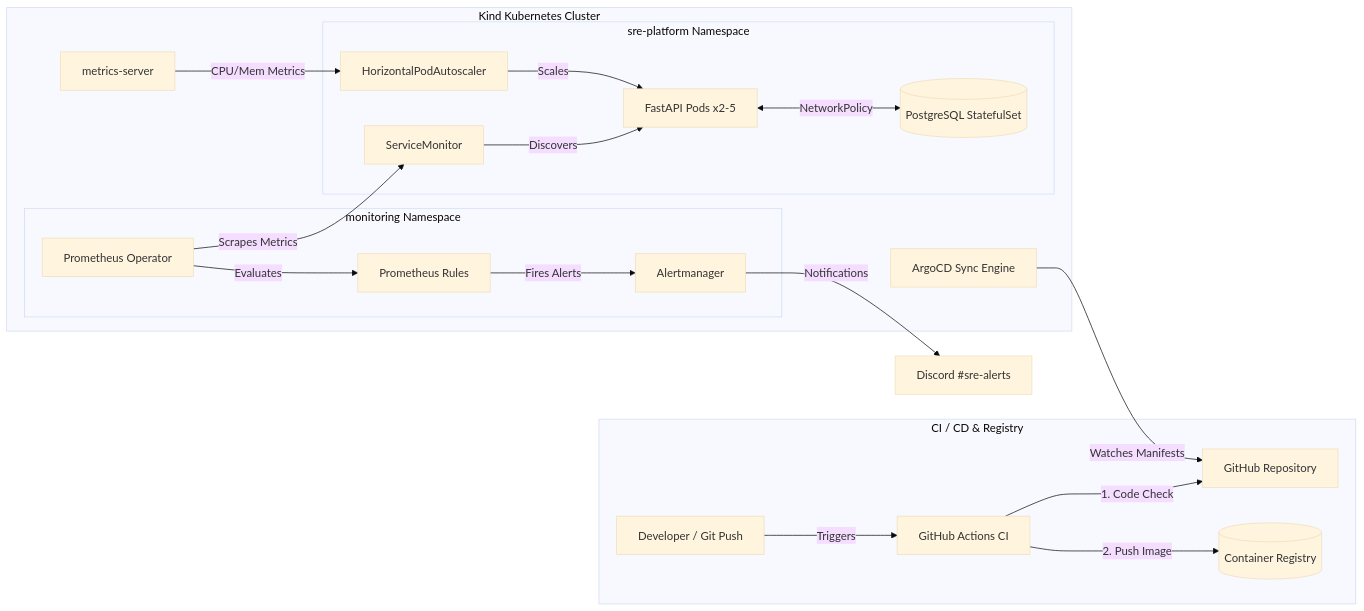
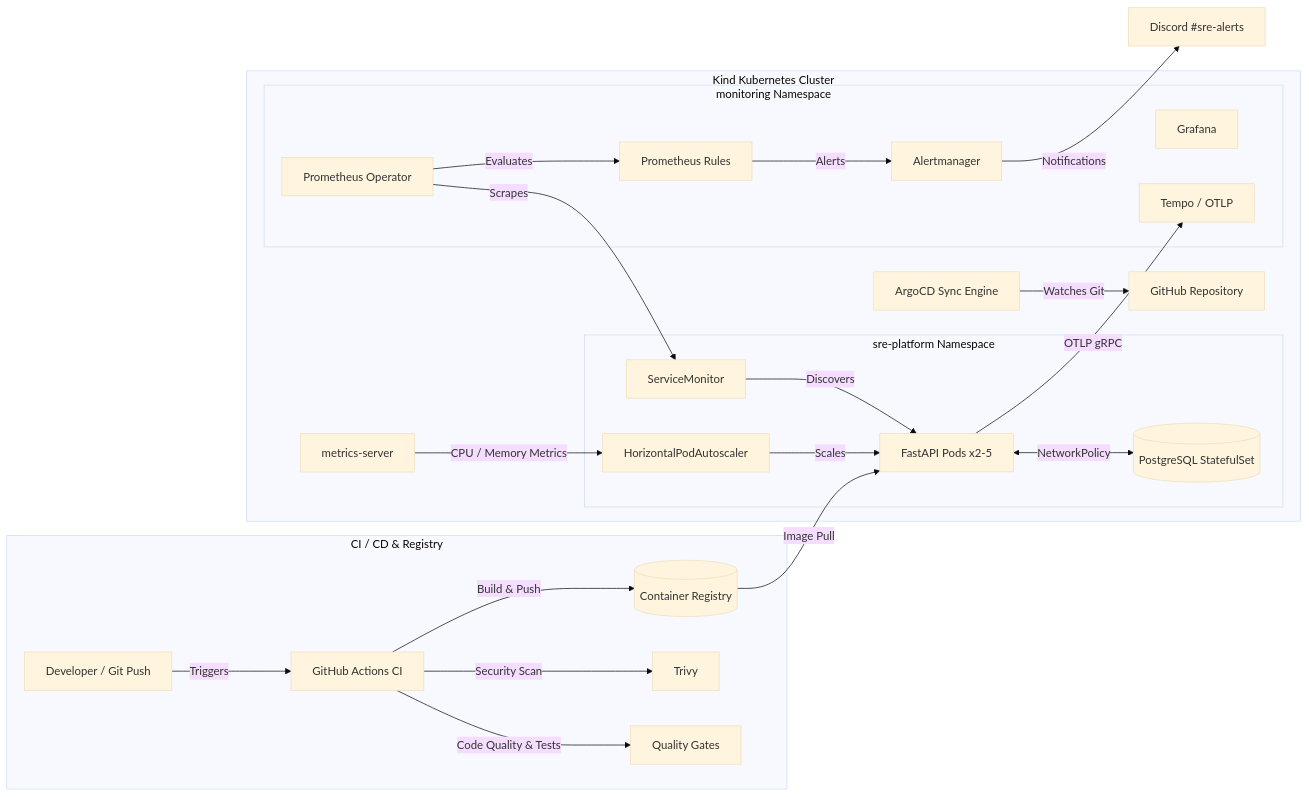
The diagram in README.md (Konstantinos820/cloud-native-sre-platform), drawn with Mermaid (base theme) before and after one commit. The commit also changed other lines of this file and 10 other files, not shown here.

`````diff
--- a/README.md
+++ b/README.md
@@ -7,28 +13,43 @@
 ```mermaid
 graph LR
     subgraph CI [CI / CD & Registry]
         Dev[Developer / Git Push] -->|Triggers| GHA[GitHub Actions CI]
-        GHA -->|1. Code Check| GitRepo[GitHub Repository]
-        GHA -->|2. Push Image| Registry[(Container Registry)]
+        GHA -->|Code Quality & Tests| Quality[Quality Gates]
+        GHA -->|Security Scan| Trivy[Trivy]
+        GHA -->|Build & Push| Registry[(Container Registry)]
     end
 
     subgraph Cluster [Kind Kubernetes Cluster]
-        ArgoCD[ArgoCD Sync Engine] -->|Watches Manifests| GitRepo
+
+        ArgoCD[ArgoCD Sync Engine] -->|Watches Git| GitRepo[GitHub Repository]
 
         subgraph SRE_NS [sre-platform Namespace]
-            FastAPI[FastAPI Pods x2-5] <-->|NetworkPolicy| Postgres[(PostgreSQL StatefulSet)]
+            FastAPI[FastAPI Pods x2-5]
+            Postgres[(PostgreSQL StatefulSet)]
+
+            FastAPI <-->|NetworkPolicy| Postgres
+
+            HPA[HorizontalPodAutoscaler] -->|Scales| FastAPI
             ServiceMonitor[ServiceMonitor] -->|Discovers| FastAPI
-            HPA[HorizontalPodAutoscaler] -->|Scales| FastAPI
         end
 
-        MetricsServer[metrics-server] -->|CPU/Mem Metrics| HPA
+        MetricsServer[metrics-server] -->|CPU / Memory Metrics| HPA
 
         subgraph Mon_NS [monitoring Namespace]
-            Prometheus[Prometheus Operator] -->|Scrapes Metrics| ServiceMonitor
+            Prometheus[Prometheus Operator]
+            Grafana[Grafana]
+            Alertmanager[Alertmanager]
+            Tempo[Tempo / OTLP]
+
+            Prometheus -->|Scrapes| ServiceMonitor
             Prometheus -->|Evaluates| Rules[Prometheus Rules]
-            Rules -->|Fires Alerts| Alertmanager[Alertmanager]
+            Rules -->|Alerts| Alertmanager
+
+            FastAPI -->|OTLP gRPC| Tempo
         end
     end
 
     Alertmanager -->|Notifications| Discord[Discord #sre-alerts]
-```
+
+    Registry -->|Image Pull| FastAPI
+````
`````
